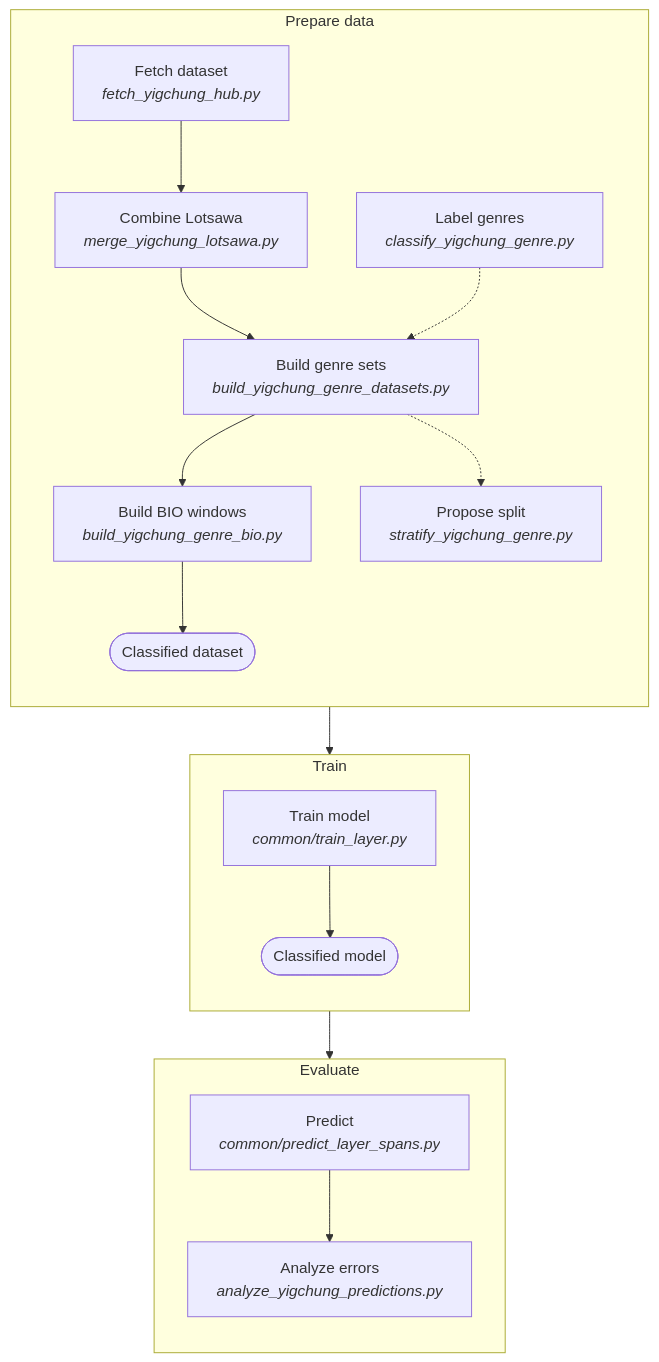
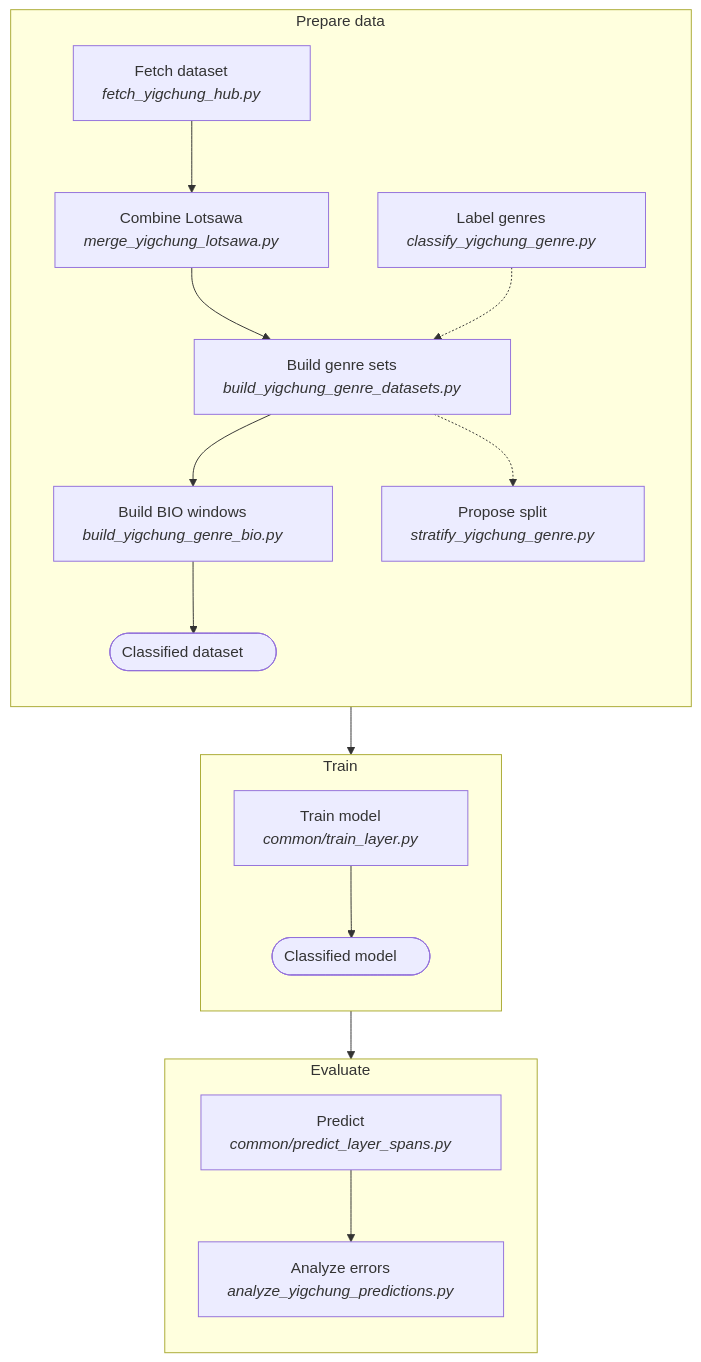
One commit to tenzinyonten/tibetan-layer-detection changed the second of 2 diagrams in yigchung/README.md. Above: the diagram before and after it, drawn with Mermaid. The commit also changed other lines of this file and 8 other files, not shown here.

Commit message:
Add padding to flowchart labels so GitHub does not clip them

````diff
--- a/yigchung/README.md
+++ b/yigchung/README.md
@@ -64,22 +64,22 @@
 ```mermaid
 flowchart TD
-  subgraph PREP["Prepare data"]
+  subgraph PREP["Prepare data&nbsp;&nbsp;&nbsp;&nbsp;&nbsp;"]
     direction TB
-    S1["Fetch dataset<br/><i>fetch_yigchung_hub.py</i>"] --> S2["Combine Lotsawa<br/><i>merge_yigchung_lotsawa.py</i>"]
-    S2 --> S3["Build genre sets<br/><i>build_yigchung_genre_datasets.py</i>"]
-    S3 --> S4["Build BIO windows<br/><i>build_yigchung_genre_bio.py</i>"]
-    S4 --> F1(["Classified dataset"])
-    S0["Label genres<br/><i>classify_yigchung_genre.py</i>"] -.-> S3
-    S3 -.-> S5["Propose split<br/><i>stratify_yigchung_genre.py</i>"]
+    S1["Fetch dataset&nbsp;&nbsp;&nbsp;&nbsp;&nbsp;<br/><i>fetch_yigchung_hub.py&nbsp;&nbsp;&nbsp;&nbsp;&nbsp;</i>"] --> S2["Combine Lotsawa&nbsp;&nbsp;&nbsp;&nbsp;&nbsp;<br/><i>merge_yigchung_lotsawa.py&nbsp;&nbsp;&nbsp;&nbsp;&nbsp;</i>"]
+    S2 --> S3["Build genre sets&nbsp;&nbsp;&nbsp;&nbsp;&nbsp;<br/><i>build_yigchung_genre_datasets.py&nbsp;&nbsp;&nbsp;&nbsp;&nbsp;</i>"]
+    S3 --> S4["Build BIO windows&nbsp;&nbsp;&nbsp;&nbsp;&nbsp;<br/><i>build_yigchung_genre_bio.py&nbsp;&nbsp;&nbsp;&nbsp;&nbsp;</i>"]
+    S4 --> F1(["Classified dataset&nbsp;&nbsp;&nbsp;&nbsp;&nbsp;"])
+    S0["Label genres&nbsp;&nbsp;&nbsp;&nbsp;&nbsp;<br/><i>classify_yigchung_genre.py&nbsp;&nbsp;&nbsp;&nbsp;&nbsp;</i>"] -.-> S3
+    S3 -.-> S5["Propose split&nbsp;&nbsp;&nbsp;&nbsp;&nbsp;<br/><i>stratify_yigchung_genre.py&nbsp;&nbsp;&nbsp;&nbsp;&nbsp;</i>"]
   end
-  subgraph TRAIN["Train"]
+  subgraph TRAIN["Train&nbsp;&nbsp;&nbsp;&nbsp;&nbsp;"]
     direction TB
-    T1["Train model<br/><i>common/train_layer.py</i>"] --> F2(["Classified model"])
+    T1["Train model&nbsp;&nbsp;&nbsp;&nbsp;&nbsp;<br/><i>common/train_layer.py&nbsp;&nbsp;&nbsp;&nbsp;&nbsp;</i>"] --> F2(["Classified model&nbsp;&nbsp;&nbsp;&nbsp;&nbsp;"])
   end
-  subgraph EVAL["Evaluate"]
+  subgraph EVAL["Evaluate&nbsp;&nbsp;&nbsp;&nbsp;&nbsp;"]
     direction TB
-    E1["Predict<br/><i>common/predict_layer_spans.py</i>"] --> E2["Analyze errors<br/><i>analyze_yigchung_predictions.py</i>"]
+    E1["Predict&nbsp;&nbsp;&nbsp;&nbsp;&nbsp;<br/><i>common/predict_layer_spans.py&nbsp;&nbsp;&nbsp;&nbsp;&nbsp;</i>"] --> E2["Analyze errors&nbsp;&nbsp;&nbsp;&nbsp;&nbsp;<br/><i>analyze_yigchung_predictions.py&nbsp;&nbsp;&nbsp;&nbsp;&nbsp;</i>"]
   end
   PREP --> TRAIN
   TRAIN --> EVAL
 ```
````
